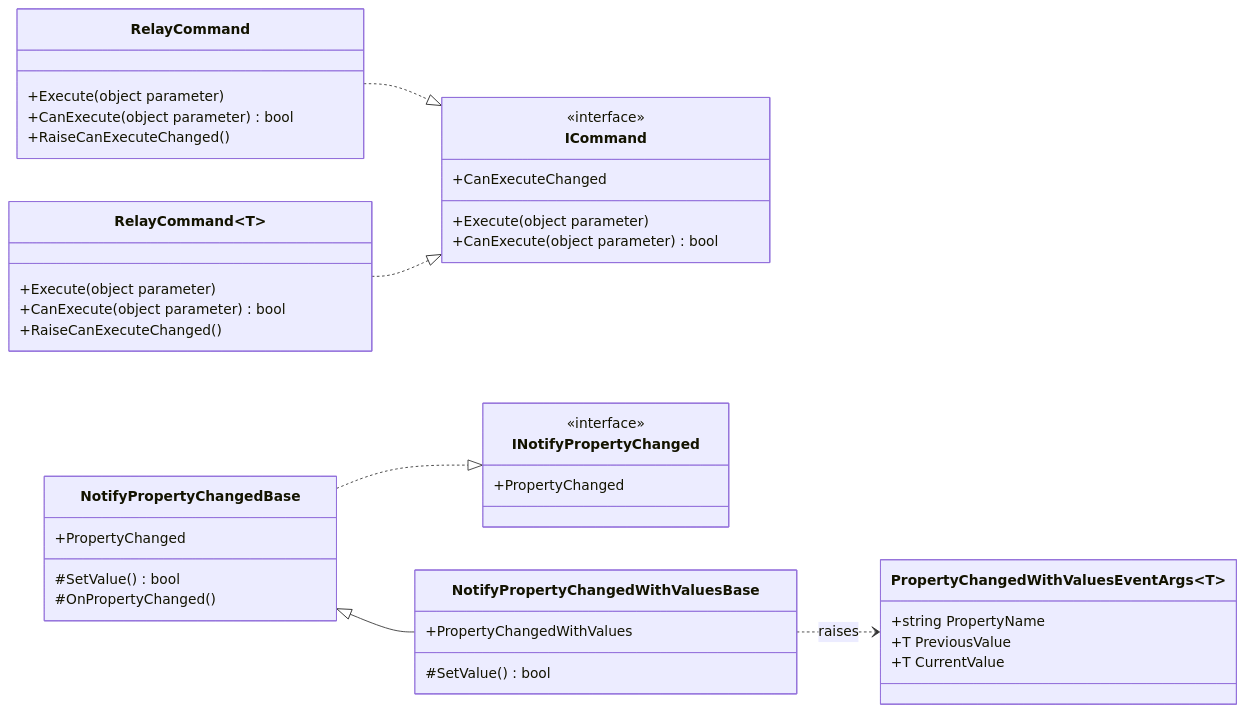
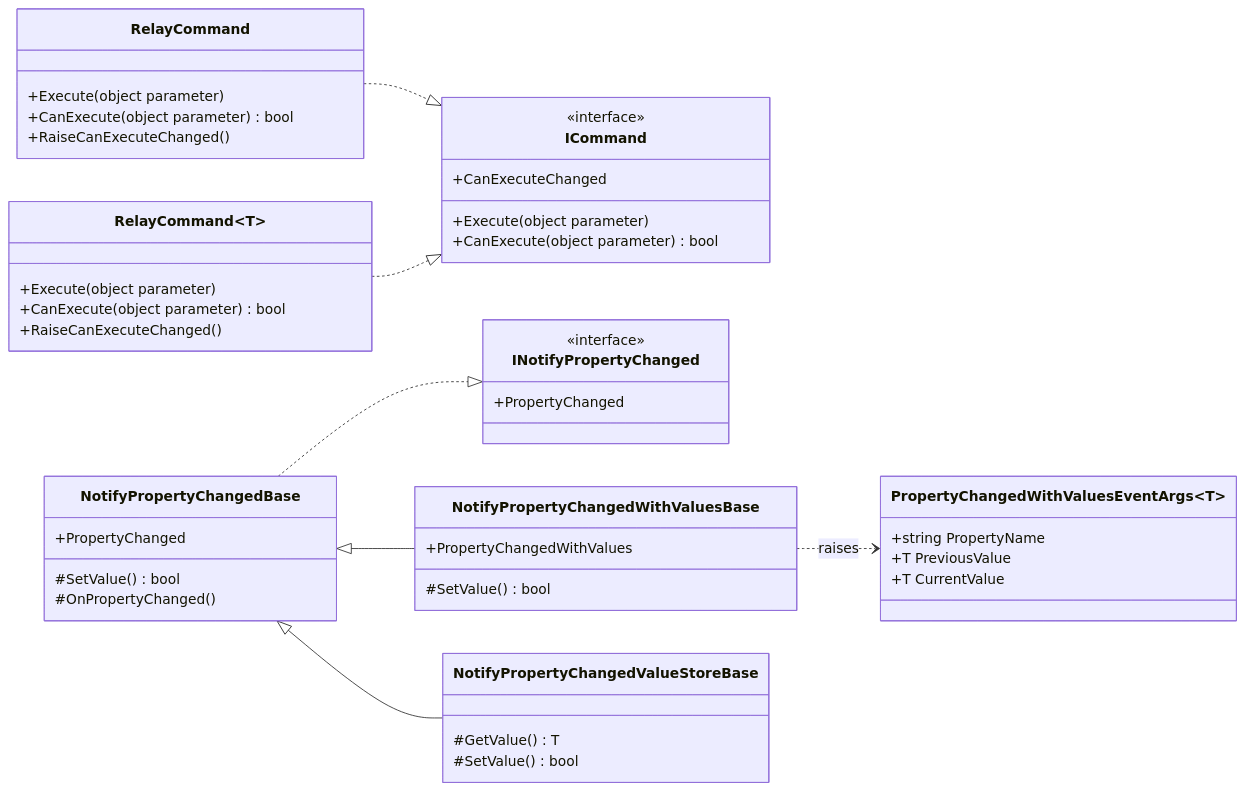
The diagram in Infrastructure.Foundation/README.md (AntonSukhov/Infrastructure), drawn with Mermaid before and after one commit. The commit also changed other lines of this file and 1 other file, not shown here.

Commit message:
В проект Infrastructure.Foundation добавлен  класс NotifyPropertyChangedValueStoreBase. Обновлен файл README.md.

````diff
--- a/Infrastructure.Foundation/README.md
+++ b/Infrastructure.Foundation/README.md
@@ -37,51 +40,57 @@
 ```mermaid
 classDiagram
     direction LR
 
     class ICommand {
         <<interface>>
         +Execute(object parameter)
         +CanExecute(object parameter) bool
         +CanExecuteChanged
     }
 
     class RelayCommandNonGeneric["RelayCommand"] {
         +Execute(object parameter)
         +CanExecute(object parameter) bool
         +RaiseCanExecuteChanged()
     }
 
     class RelayCommand~T~ {
         +Execute(object parameter)
         +CanExecute(object parameter) bool
         +RaiseCanExecuteChanged()
     }
 
     class INotifyPropertyChanged {
         <<interface>>
         +PropertyChanged
     }
 
     class NotifyPropertyChangedBase {
         +PropertyChanged
         #SetValue() bool
         #OnPropertyChanged()
     }
 
     class NotifyPropertyChangedWithValuesBase {
         +PropertyChangedWithValues
         #SetValue() bool
     }
 
+    class NotifyPropertyChangedValueStoreBase {
+        #GetValue() T
+        #SetValue() bool
+    }
+
     class PropertyChangedWithValuesEventArgs~T~ {
         +string PropertyName
         +T PreviousValue
         +T CurrentValue
     }
 
     RelayCommandNonGeneric ..|> ICommand
     RelayCommand ..|> ICommand
     NotifyPropertyChangedBase ..|> INotifyPropertyChanged
     NotifyPropertyChangedBase <|-- NotifyPropertyChangedWithValuesBase
+    NotifyPropertyChangedBase <|-- NotifyPropertyChangedValueStoreBase
     NotifyPropertyChangedWithValuesBase ..> PropertyChangedWithValuesEventArgs : raises
 ```
````
